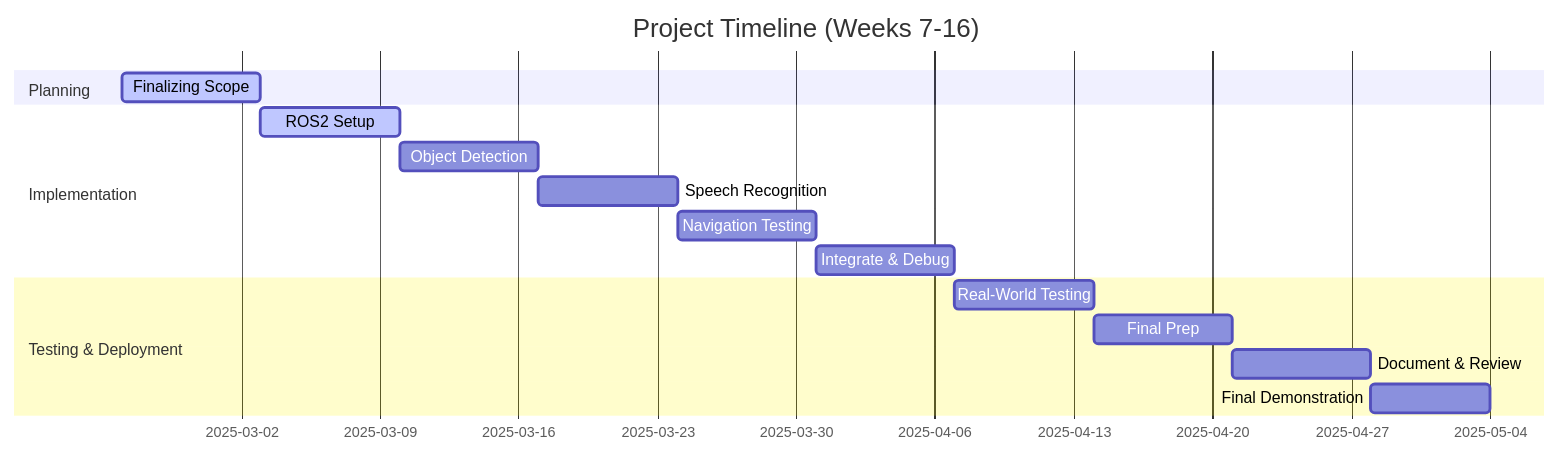
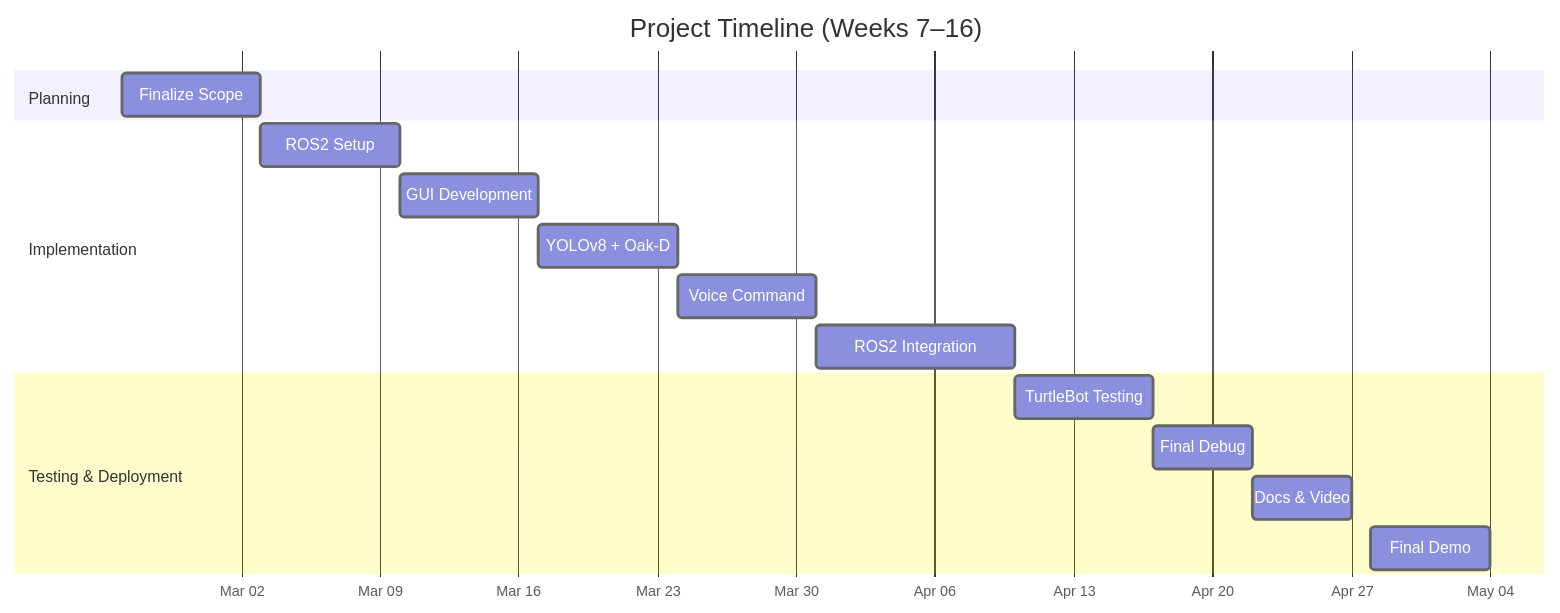
One commit to RAS598-2025-S-Team11/RAS598-2025-S-Team11.github.io changed the first of 5 diagrams in docs/charts.md. Above: the diagram before and after it, drawn with Mermaid. The commit also changed other lines of this file, not shown here.

Commit message:
team assignment for gantt and visual flowcharts

````diff
--- a/docs/charts.md
+++ b/docs/charts.md
@@ -59,19 +13,37 @@
 ```mermaid
+%%{ init: {
+  "theme": "default",
+  "themeVariables": {
+    "taskTextColor": "#ffffff",
+    "taskBorderColor": "#666666",
+    "taskFill": "#444444",
+    "fontSize": "14px",
+    "gridColor": "#999999"
+  },
+  "gantt": {
+    "barHeight": 30,
+    "barGap": 5
+  }
+} }%%
 gantt
-    title Project Timeline (Weeks 7-16)
+    title Project Timeline (Weeks 7–16)
     dateFormat  YYYY-MM-DD
+    axisFormat  %b %d
+
     section Planning
-    Finalizing Scope :active, milestone1, 2025-02-24, 7d
+    Finalize Scope            :milestone1, 2025-02-24, 7d
+
     section Implementation
-    ROS2 Setup :active, milestone2, 2025-03-03, 7d
-    Object Detection :milestone3, 2025-03-10, 7d
-    Speech Recognition :milestone4, 2025-03-17, 7d
-    Navigation Testing :milestone5, 2025-03-24, 7d
-    Integrate & Debug :milestone6, 2025-03-31, 7d
+    ROS2 Setup                :milestone2, 2025-03-03, 7d
+    GUI Development           :milestone3, 2025-03-10, 7d
+    YOLOv8 + Oak-D            :milestone4, 2025-03-17, 7d
+    Voice Command             :milestone5, 2025-03-24, 7d
+    ROS2 Integration          :milestone6, 2025-03-31, 10d
+
     section Testing & Deployment
-    Real-World Testing :milestone7, 2025-04-07, 7d
-    Final Prep :milestone8, 2025-04-14, 7d
-    Document & Review :milestone9, 2025-04-21, 7d
-    Final Demonstration :milestone10, 2025-04-28, 6d
+    TurtleBot Testing         :milestone7, 2025-04-10, 7d
+    Final Debug               :milestone8, 2025-04-17, 5d
+    Docs & Video              :milestone9, 2025-04-22, 5d
+    Final Demo                :milestone10, 2025-04-28, 6d
 
 ```
````
